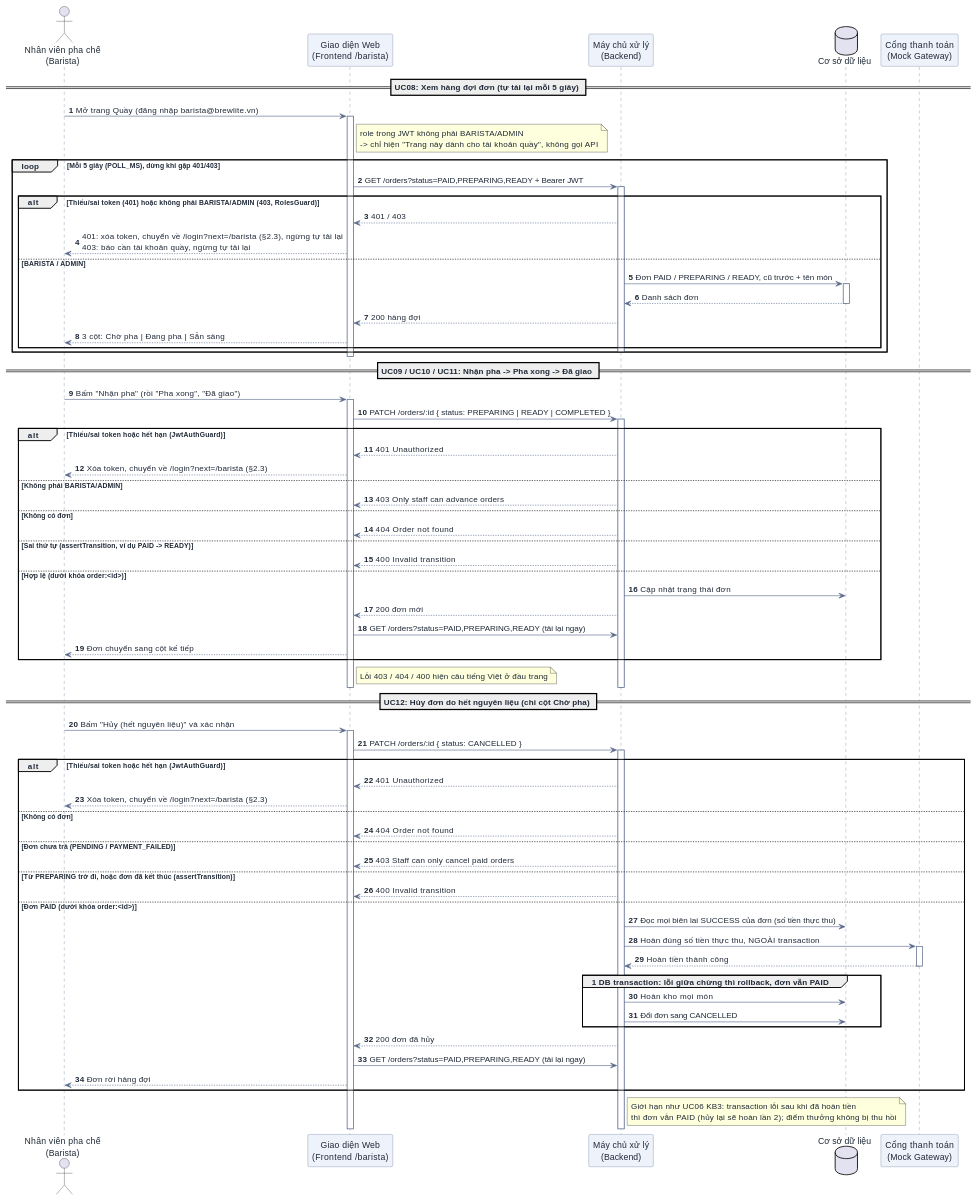
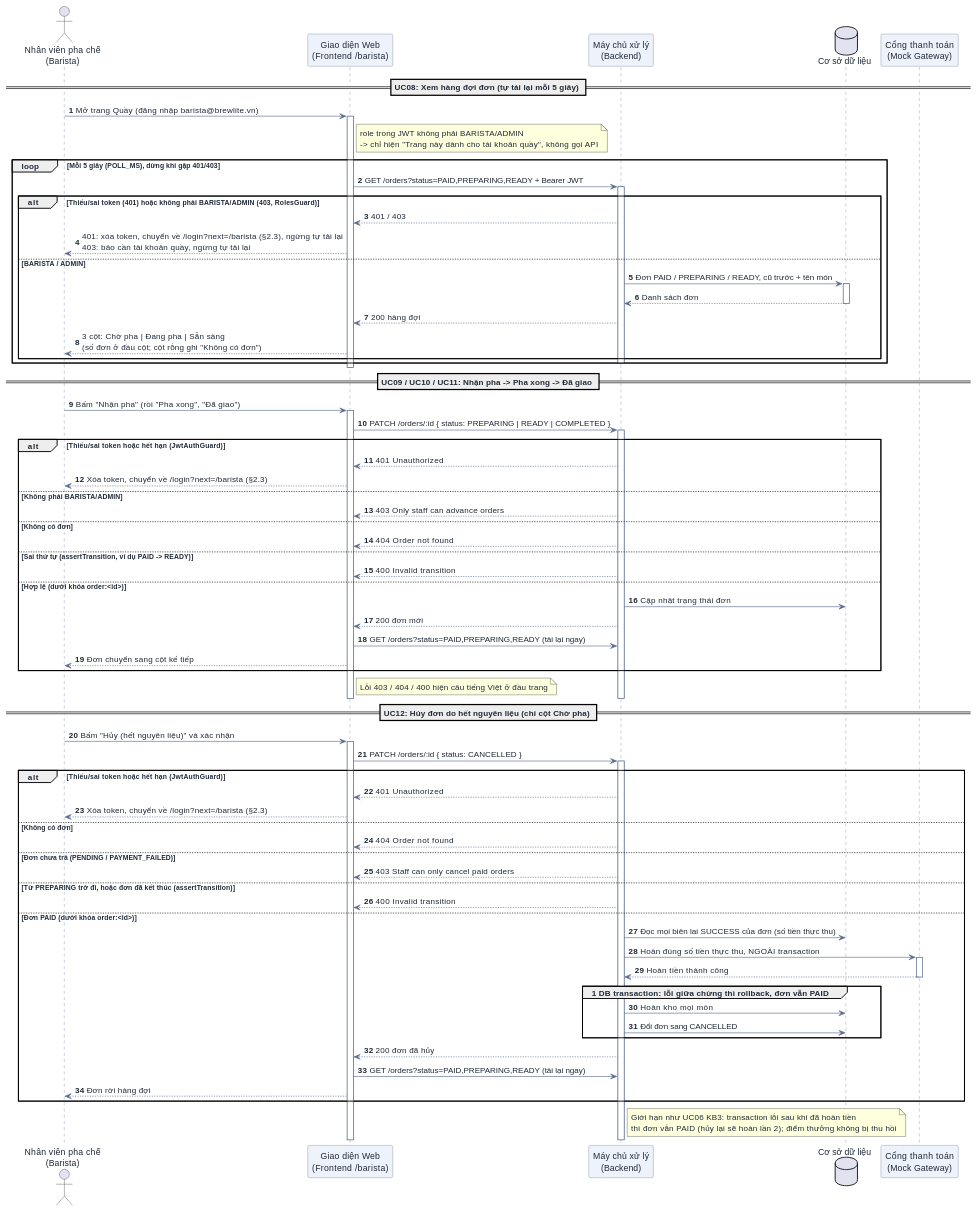
Before and after one commit to DuVinhLoi/BrewLite: the eighth of 9 diagrams in docs/user-sequence-specifications.md, drawn with PlantUML. The commit also changed other lines of this file and 61 other files, not shown here.

```diff
--- a/docs/user-sequence-specifications.md
+++ b/docs/user-sequence-specifications.md
@@ -826,7 +835,7 @@
         DB --> BE : Danh sách đơn
         deactivate DB
         BE --> FE : 200 hàng đợi
-        FE --> User : 3 cột: Chờ pha | Đang pha | Sẵn sàng
+        FE --> User : 3 cột: Chờ pha | Đang pha | Sẵn sàng\n(số đơn ở đầu cột; cột rỗng ghi "Không có đơn")
     end
     deactivate BE
 end
```
